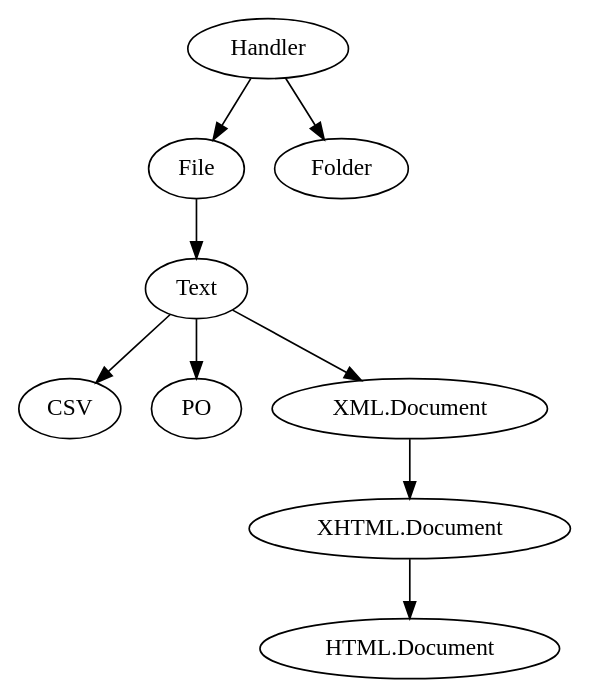
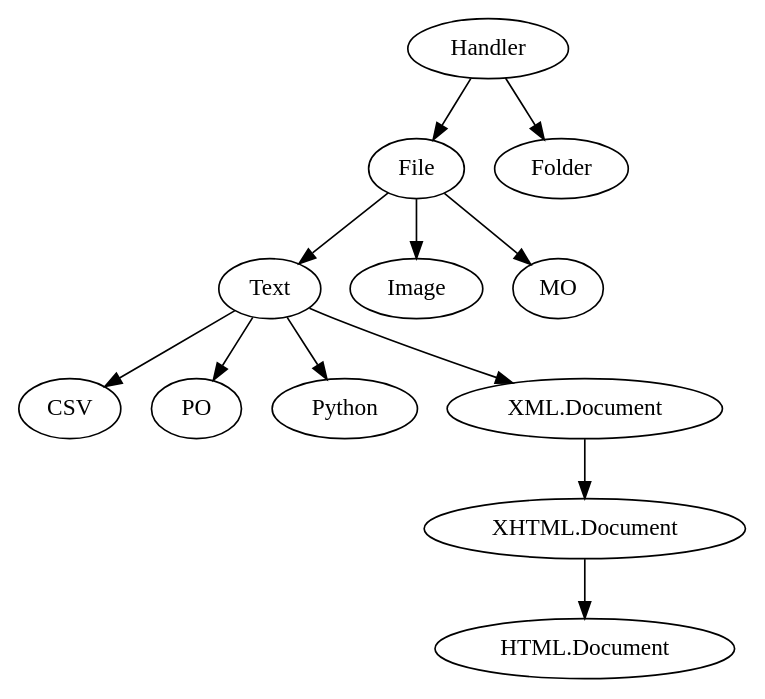
One commit to hforge/itools changed the diagram in doc/handlers.dot. Above: the diagram before and after it, drawn with Graphviz. The commit also changed 7 other files, not shown here.

```diff
--- a/doc/handlers.dot
+++ b/doc/handlers.dot
@@ -1,11 +1,14 @@
 digraph G {
     Handler;
     Handler -> File;
-    File -> Text
-    Text -> CSV
-    Text -> PO
+    Handler -> Folder;
+    File -> Text;
+    File -> Image;
+    File -> MO;
+    Text -> CSV;
+    Text -> PO;
+    Text -> Python;
     Text -> "XML.Document";
     "XML.Document" -> "XHTML.Document";
     "XHTML.Document" -> "HTML.Document";
-    Handler -> Folder;
 }
```
